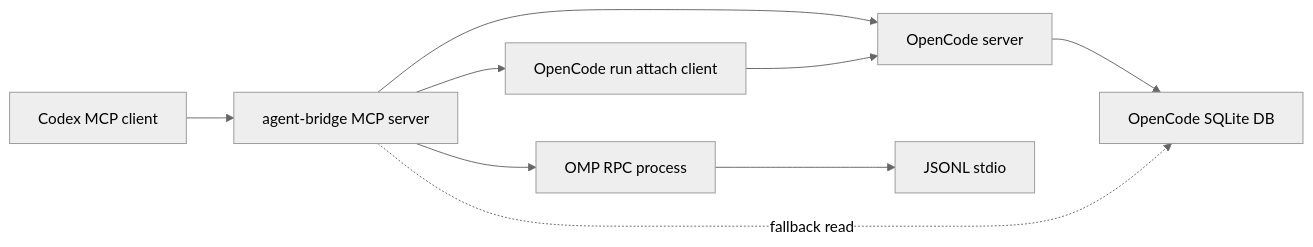
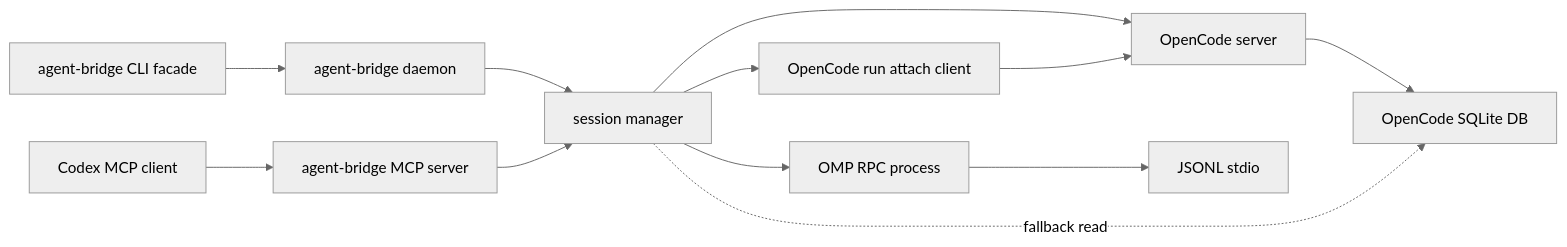
One commit to LeoWang329/agent-bridge changed the diagram in docs/DEVELOPMENT.md. Above: the diagram before and after it, drawn with Mermaid (neutral theme). The commit also changed other lines of this file and 5 other files, not shown here.

Commit message:
Add CLI facade daemon

````diff
--- a/docs/DEVELOPMENT.md
+++ b/docs/DEVELOPMENT.md
@@ -26,11 +26,14 @@
 ```mermaid
 flowchart LR
   Codex["Codex MCP client"] --> Bridge["agent-bridge MCP server"]
-  Bridge --> OMP["OMP RPC process"]
-  Bridge --> OCS["OpenCode server"]
-  Bridge --> OCR["OpenCode run attach client"]
+  CLI["agent-bridge CLI facade"] --> Daemon["agent-bridge daemon"]
+  Daemon --> BridgeCore["session manager"]
+  Bridge --> BridgeCore
+  BridgeCore --> OMP["OMP RPC process"]
+  BridgeCore --> OCS["OpenCode server"]
+  BridgeCore --> OCR["OpenCode run attach client"]
   OMP --> OMPIO["JSONL stdio"]
   OCS --> OCDB["OpenCode SQLite DB"]
   OCR --> OCS
-  Bridge -. "fallback read" .-> OCDB
+  BridgeCore -. "fallback read" .-> OCDB
 ```
````
